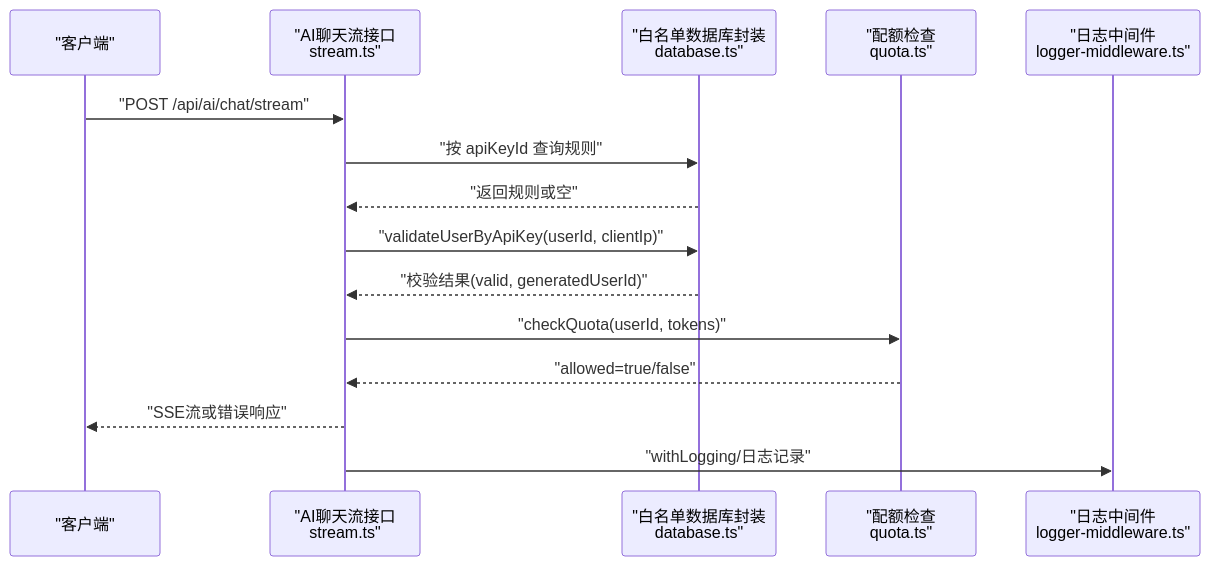
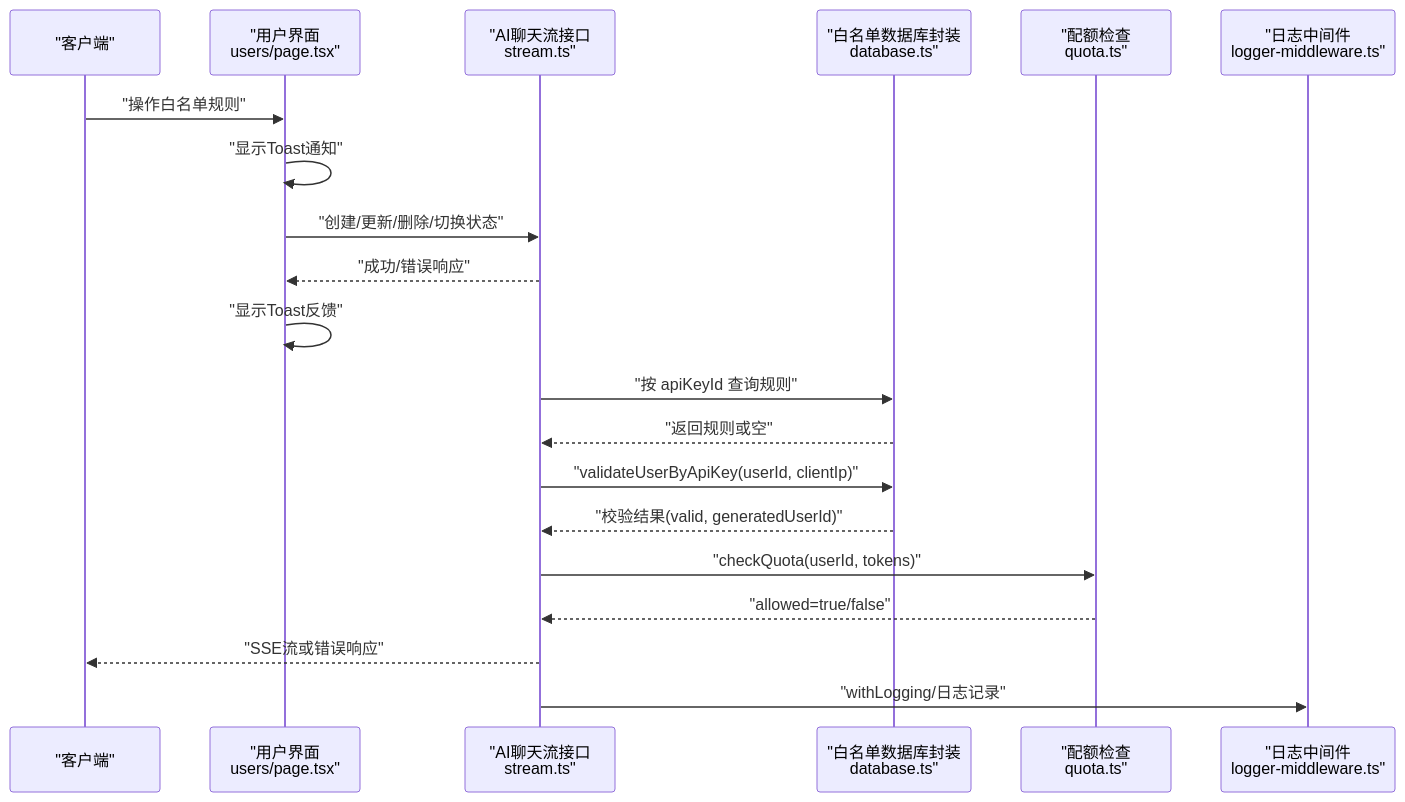
The second of 7 diagrams in .qoder/repowiki/zh/content/核心功能/白名单控制.md (RadiumAg/AIGate), drawn with Mermaid before and after one commit. The commit also changed other lines of this file and 4 other files, not shown here.

````diff
--- a/.qoder/repowiki/zh/content/核心功能/白名单控制.md
+++ b/.qoder/repowiki/zh/content/核心功能/白名单控制.md
@@ -96,17 +123,22 @@
 ```mermaid
 sequenceDiagram
 participant Client as "客户端"
+participant UI as "用户界面<br/>users/page.tsx"
 participant API as "AI聊天流接口<br/>stream.ts"
 participant WLDB as "白名单数据库封装<br/>database.ts"
 participant QCheck as "配额检查<br/>quota.ts"
 participant Log as "日志中间件<br/>logger-middleware.ts"
-Client->>API : "POST /api/ai/chat/stream"
+Client->>UI : "操作白名单规则"
+UI->>UI : "显示Toast通知"
+UI->>API : "创建/更新/删除/切换状态"
+API-->>UI : "成功/错误响应"
+UI->>UI : "显示Toast反馈"
 API->>WLDB : "按 apiKeyId 查询规则"
 WLDB-->>API : "返回规则或空"
 API->>WLDB : "validateUserByApiKey(userId, clientIp)"
 WLDB-->>API : "校验结果(valid, generatedUserId)"
 API->>QCheck : "checkQuota(userId, tokens)"
 QCheck-->>API : "allowed=true/false"
 API-->>Client : "SSE流或错误响应"
 API->>Log : "withLogging/日志记录"
 ```
````
